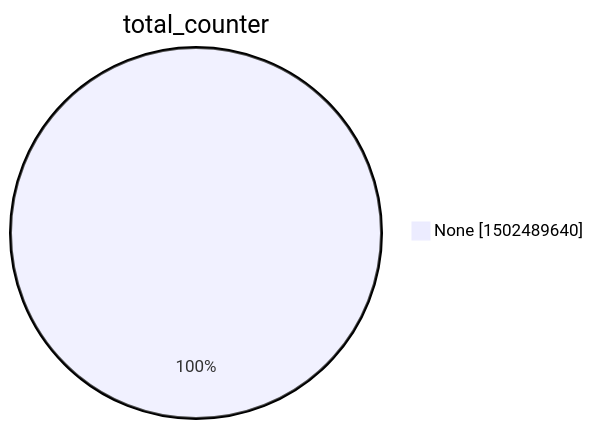
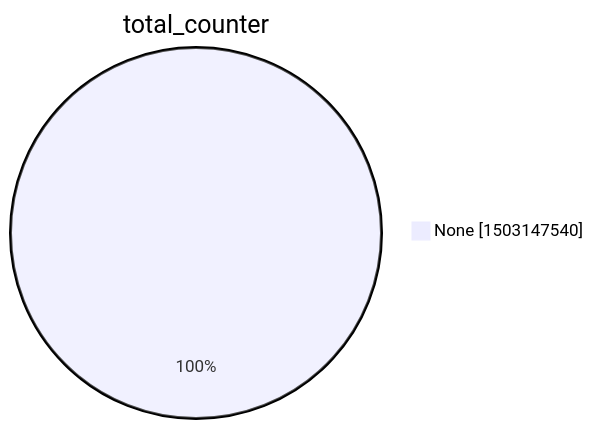
Before and after one commit to christiankrug/ctmonitor_visualization: the second of 15 diagrams in argon2022/README.md, drawn with Mermaid. The commit also changed other lines of this file, not shown here.

````diff
--- a/argon2022/README.md
+++ b/argon2022/README.md
@@ -9,5 +9,5 @@
 ```mermaid
 pie showData
 title total_counter
-"None" :1502489640
+"None" :1503147540
 ```
````
